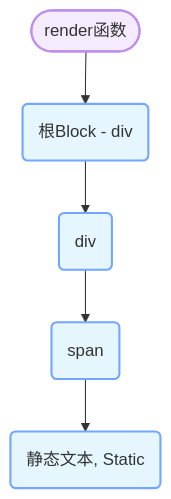
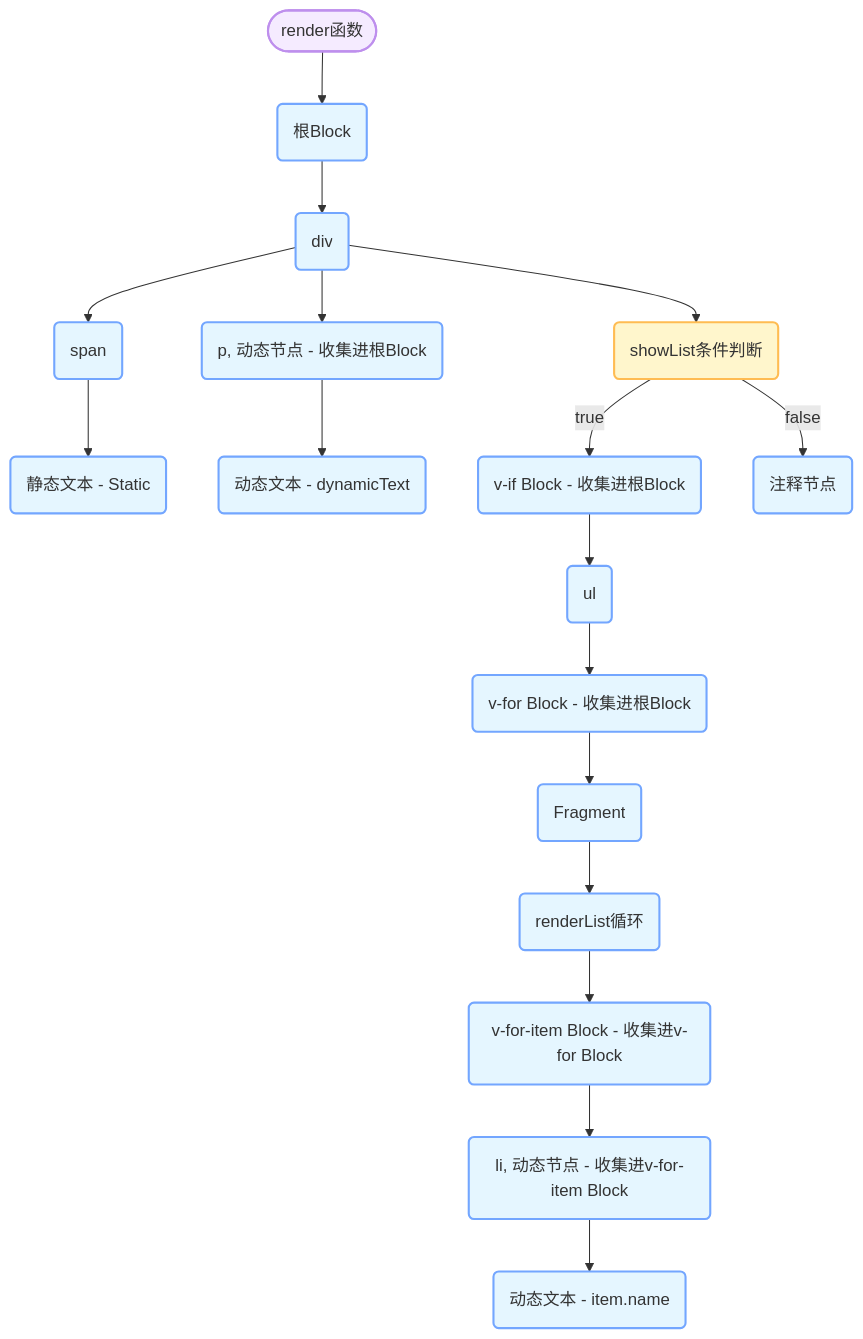
Before and after one commit to LaiTaoGDUT/webNote: the diagram in JavaScript/Vue3动态节点靶向更新(Block Tree)详解.md, drawn with Mermaid.

Commit message:
同步笔记

````diff
--- a/JavaScript/Vue3动态节点靶向更新(Block Tree)详解.md
+++ b/JavaScript/Vue3动态节点靶向更新(Block Tree)详解.md
@@ -77,11 +77,23 @@
 ```mermaid
 graph TD
     classDef startend fill:#F5EBFF,stroke:#BE8FED,stroke-width:2px
     classDef process fill:#E5F6FF,stroke:#73A6FF,stroke-width:2px
     classDef decision fill:#FFF6CC,stroke:#FFBC52,stroke-width:2px
     
-    A([render函数]):::startend --> B(根Block - div):::process
+    A([render函数]):::startend --> B(根Block):::process
     B --> B1(div):::process
     B1 --> C(span):::process
-    C --> C1(静态文本, Static):::process
+    C --> C1(静态文本 - Static):::process
+    B1 --> D(p, 动态节点 - 收集进根Block):::process
+    D --> D1(动态文本 - dynamicText):::process
+    B1 --> E(showList条件判断):::decision
+    E -->|true| F(v-if Block - 收集进根Block):::process
+    F --> F1(ul):::process
+    F1 --> G(v-for Block - 收集进根Block):::process
+    G --> G1(Fragment):::process
+    G1 --> H(renderList循环):::process
+    H --> I(v-for-item Block - 收集进v-for Block):::process
+    I --> I1(li, 动态节点 - 收集进v-for-item Block):::process
+    I1 --> I2(动态文本 - item.name):::process
+    E -->|false| J(注释节点):::process 
 ```
````
